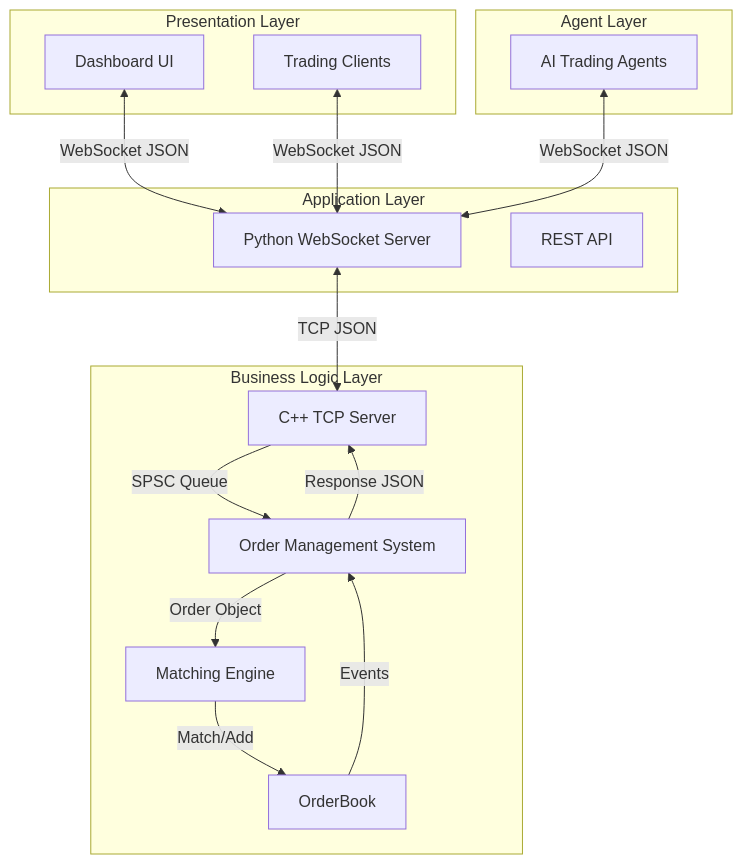
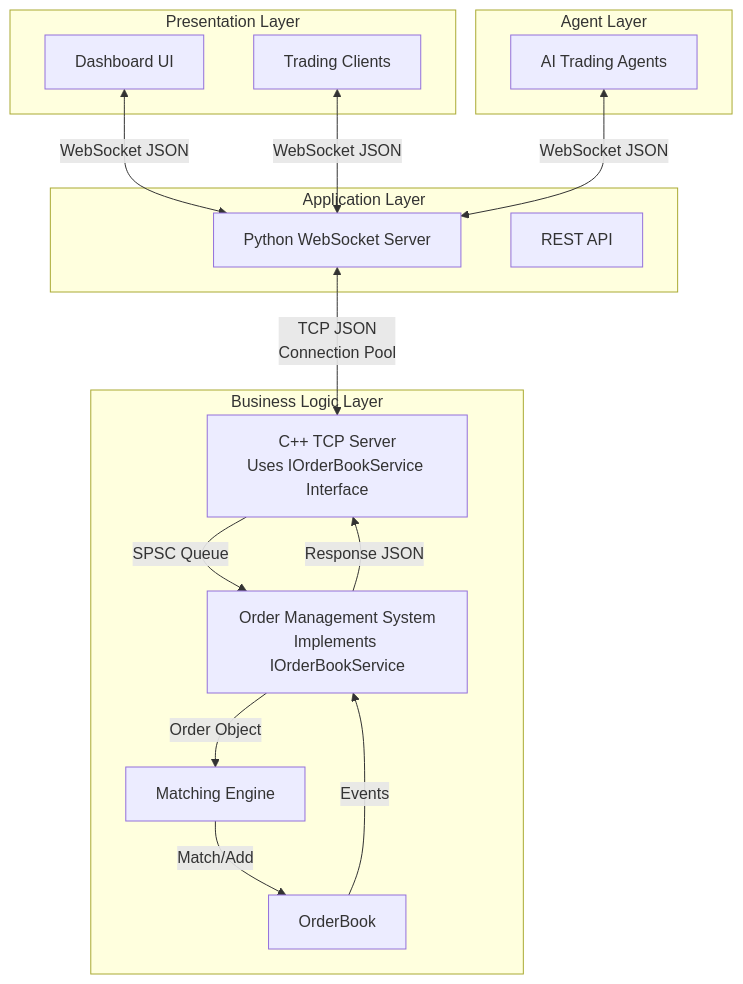
One commit to kgsahil/OrderBook changed the first of 13 diagrams in docs/ARCHITECTURE_FLOW.md. Above: the diagram before and after it, drawn with Mermaid. The commit also changed other lines of this file and 12 other files, not shown here.

````diff
--- a/docs/ARCHITECTURE_FLOW.md
+++ b/docs/ARCHITECTURE_FLOW.md
@@ -9,35 +9,35 @@
 ```mermaid
 graph TD
     subgraph "Presentation Layer"
         Dashboard[Dashboard UI]
         Traders[Trading Clients]
     end
 
     subgraph "Application Layer"
         WS_Server[Python WebSocket Server]
         API[REST API]
     end
 
     subgraph "Business Logic Layer"
-        TCP_Server[C++ TCP Server]
-        OMS[Order Management System]
+        TCP_Server[C++ TCP Server<br/>Uses IOrderBookService Interface]
+        OMS[Order Management System<br/>Implements IOrderBookService]
         ME[Matching Engine]
         OB[OrderBook]
     end
 
     subgraph "Agent Layer"
         Agents[AI Trading Agents]
     end
 
     Dashboard <-->|WebSocket JSON| WS_Server
     Traders <-->|WebSocket JSON| WS_Server
     Agents <-->|WebSocket JSON| WS_Server
     
-    WS_Server <-->|TCP JSON| TCP_Server
+    WS_Server <-->|TCP JSON<br/>Connection Pool| TCP_Server
     
     TCP_Server -->|SPSC Queue| OMS
     OMS -->|Order Object| ME
     ME -->|Match/Add| OB
     OB -->|Events| OMS
     OMS -->|Response JSON| TCP_Server
 ```
````
